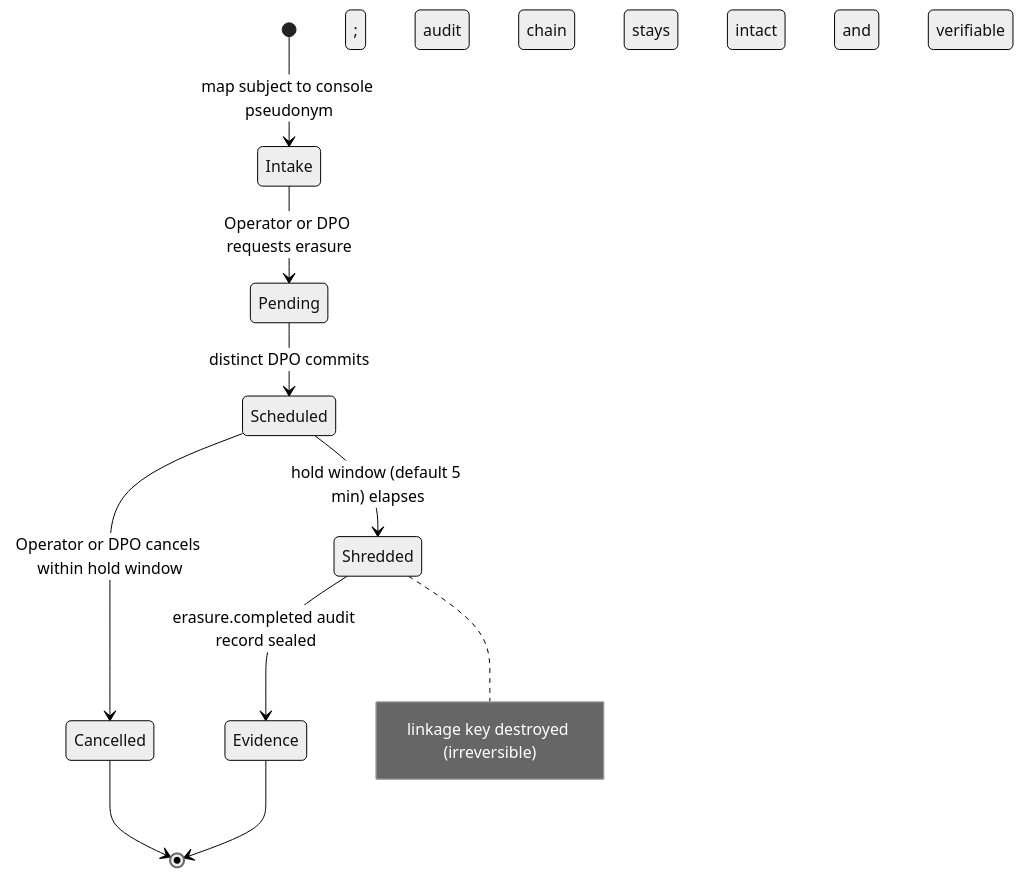
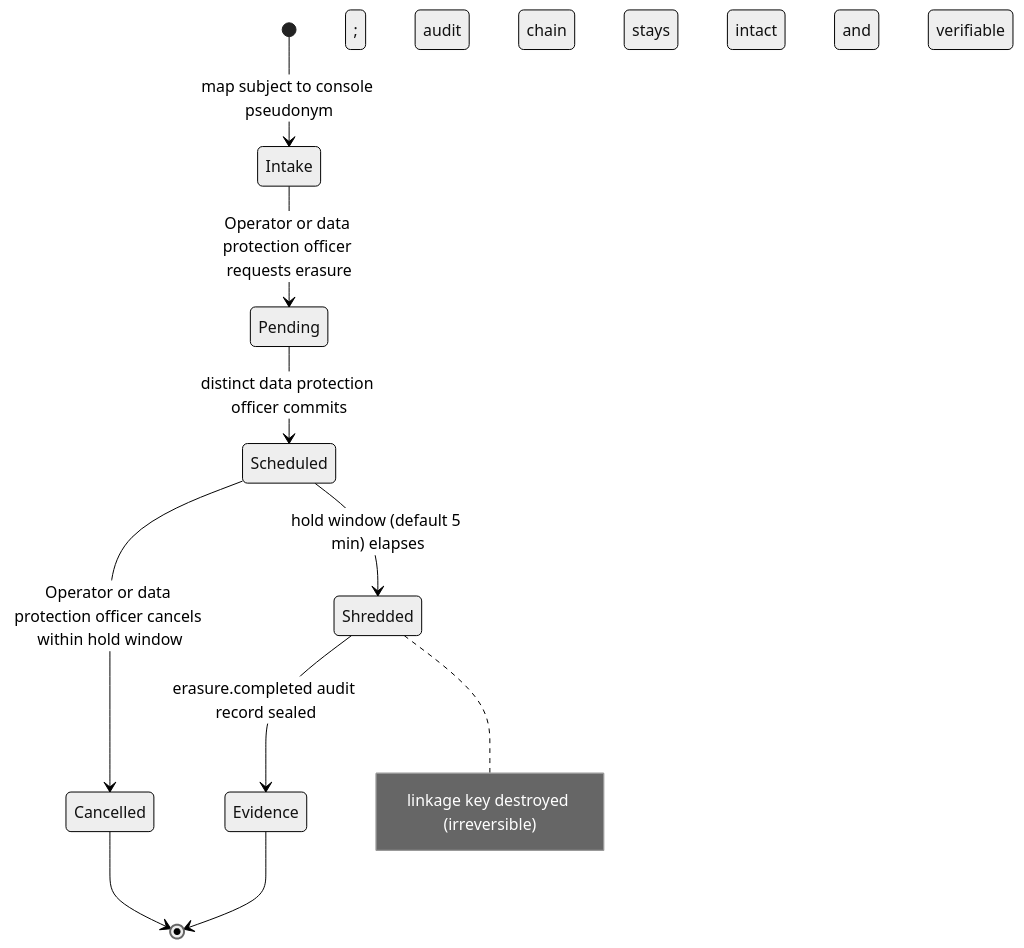
Before and after one commit to modootoday/humanymous: the diagram in docs/runbooks/erasure-crypto-shred.md, drawn with Mermaid (neutral theme). The commit also changed other lines of this file and 62 other files, not shown here.

````diff
--- a/docs/runbooks/erasure-crypto-shred.md
+++ b/docs/runbooks/erasure-crypto-shred.md
@@ -27,12 +27,12 @@
 ```mermaid
 stateDiagram-v2
   [*] --> Intake: map subject to console pseudonym
-  Intake --> Pending: Operator or DPO requests erasure
-  Pending --> Scheduled: distinct DPO commits
-  Scheduled --> Cancelled: Operator or DPO cancels within hold window
+  Intake --> Pending: Operator or data protection officer requests erasure
+  Pending --> Scheduled: distinct data protection officer commits
+  Scheduled --> Cancelled: Operator or data protection officer cancels within hold window
   Scheduled --> Shredded: hold window (default 5 min) elapses
   Cancelled --> [*]
   Shredded --> Evidence: erasure.completed audit record sealed
   Evidence --> [*]
   note right of Shredded: linkage key destroyed (irreversible); audit chain stays intact and verifiable
 ```
````
